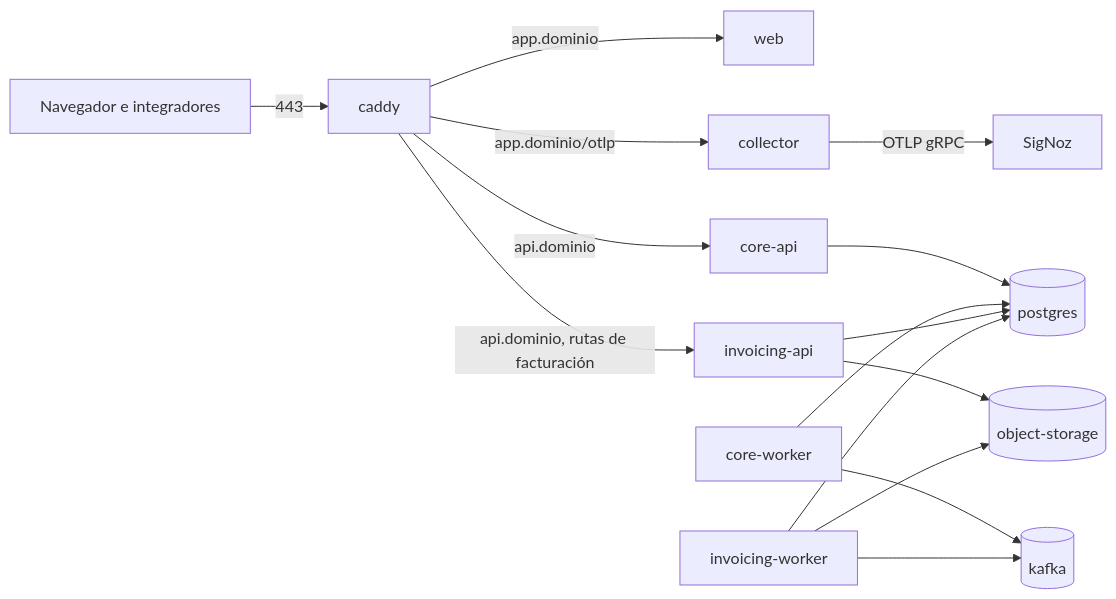
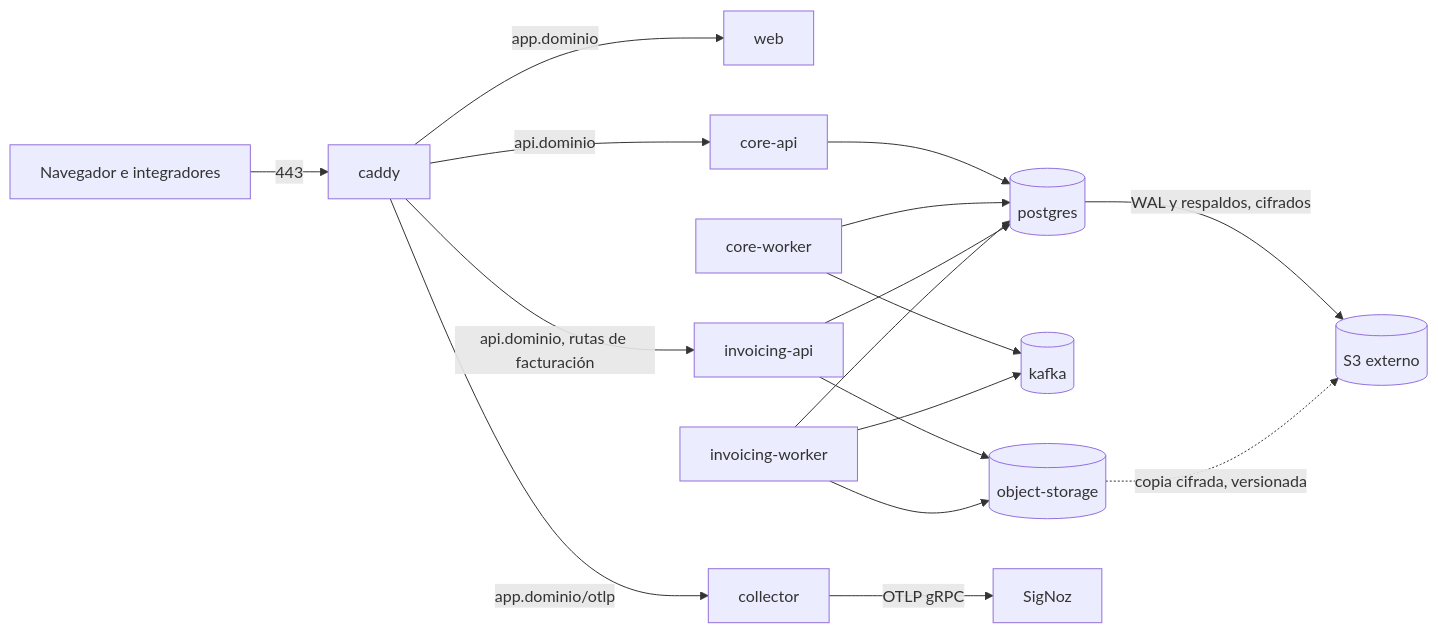
One commit to faclab-ec/faclab-infra changed the diagram in deploy/production/README.md. Above: the diagram before and after it, drawn with Mermaid. The commit also changed other lines of this file and 34 other files, not shown here.

````diff
--- a/deploy/production/README.md
+++ b/deploy/production/README.md
@@ -10,12 +10,14 @@
 ```mermaid
 flowchart LR
     U[Navegador e integradores] -->|443| C[caddy]
     C -->|app.dominio| W[web]
     C -->|app.dominio/otlp| COL[collector]
     C -->|api.dominio| CA[core-api]
     C -->|api.dominio, rutas de facturación| IA[invoicing-api]
     CA & CW[core-worker] & IA & IW[invoicing-worker] --> PG[(postgres)]
     CW & IW --> K[(kafka)]
     IA & IW --> S3[(object-storage)]
     COL -->|OTLP gRPC| SZ[SigNoz]
+    PG -->|WAL y respaldos, cifrados| EXT[(S3 externo)]
+    S3 -.->|copia cifrada, versionada| EXT
 ```
````
